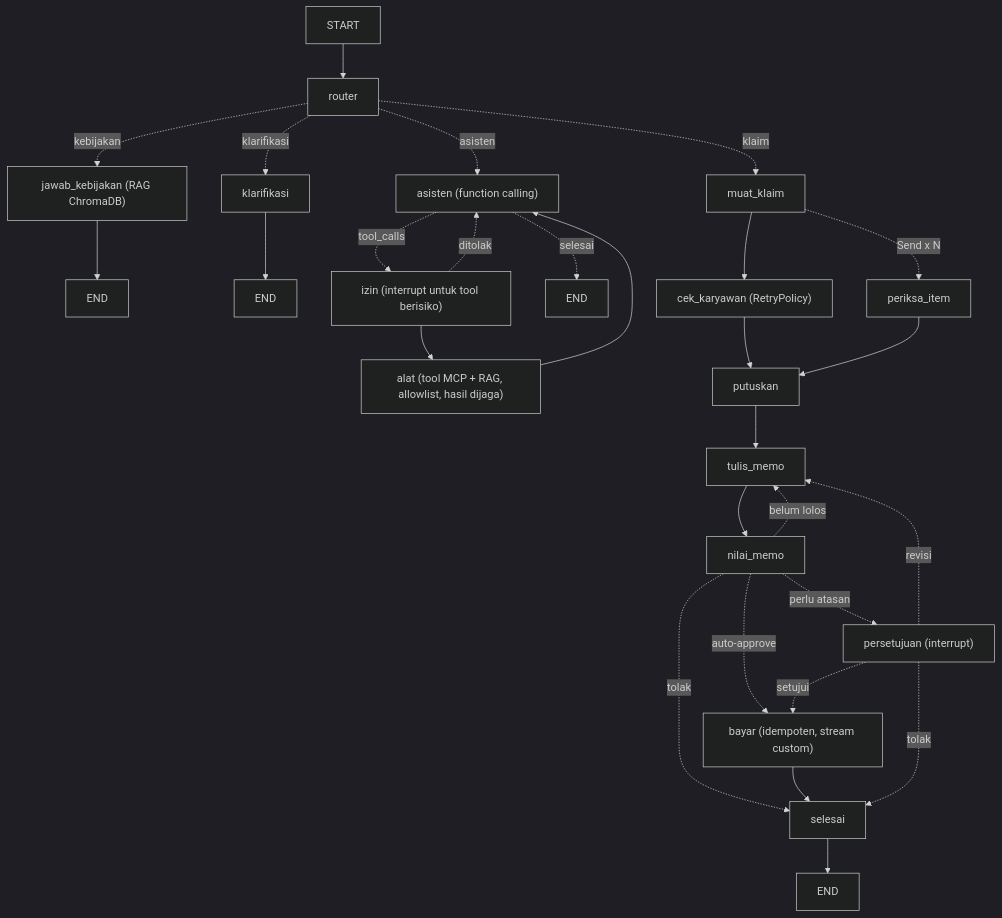
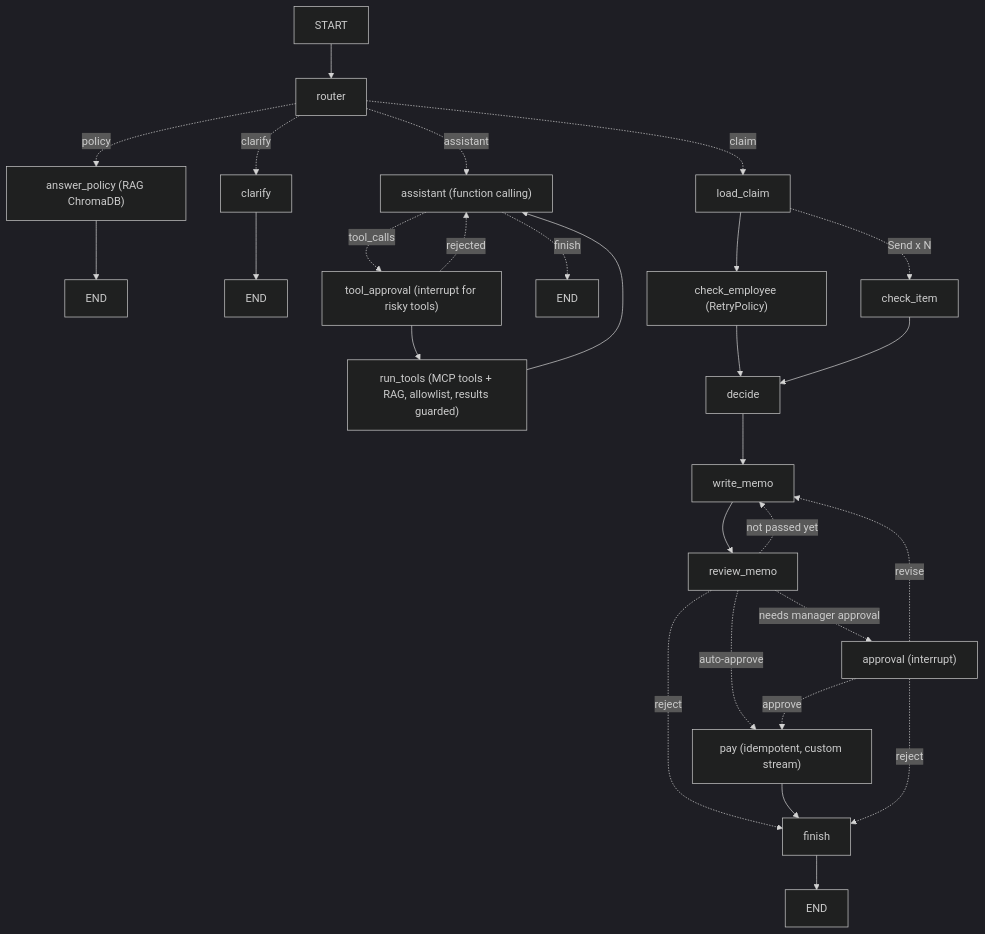
Before and after one commit to bilalbayasut/langgraph-klaim-lab: diagram 13 of 13 in LAB.md, drawn with Mermaid (dark theme). The commit also changed other lines of this file and 78 other files, not shown here.

````diff
--- a/LAB.md
+++ b/LAB.md
@@ -7564,24 +7588,24 @@
 ```mermaid
 flowchart TD
   START --> router
-  router -.klaim.-> muat_klaim
-  router -.kebijakan.-> jawab_kebijakan["jawab_kebijakan (RAG ChromaDB)"] --> E1[END]
-  router -.klarifikasi.-> klarifikasi --> E2[END]
-  router -.asisten.-> asisten["asisten (function calling)"]
-  asisten -.tool_calls.-> izin["izin (interrupt untuk tool berisiko)"]
-  izin --> alat["alat (tool MCP + RAG, allowlist, hasil dijaga)"] --> asisten
-  izin -.ditolak.-> asisten
-  asisten -.selesai.-> E4[END]
-  muat_klaim --> cek_karyawan["cek_karyawan (RetryPolicy)"]
-  muat_klaim -.Send x N.-> periksa_item
-  cek_karyawan --> putuskan
-  periksa_item --> putuskan
-  putuskan --> tulis_memo --> nilai_memo
-  nilai_memo -.belum lolos.-> tulis_memo
-  nilai_memo -.perlu atasan.-> persetujuan["persetujuan (interrupt)"]
-  nilai_memo -.auto-approve.-> bayar
-  nilai_memo -.tolak.-> selesai
-  persetujuan -.setujui.-> bayar["bayar (idempoten, stream custom)"] --> selesai --> E3[END]
-  persetujuan -.revisi.-> tulis_memo
-  persetujuan -.tolak.-> selesai
+  router -.claim.-> load_claim
+  router -.policy.-> answer_policy["answer_policy (RAG ChromaDB)"] --> E1[END]
+  router -.clarify.-> clarify --> E2[END]
+  router -.assistant.-> assistant["assistant (function calling)"]
+  assistant -.tool_calls.-> tool_approval["tool_approval (interrupt for risky tools)"]
+  tool_approval --> run_tools["run_tools (MCP tools + RAG, allowlist, results guarded)"] --> assistant
+  tool_approval -.rejected.-> assistant
+  assistant -.finish.-> E4[END]
+  load_claim --> check_employee["check_employee (RetryPolicy)"]
+  load_claim -.Send x N.-> check_item
+  check_employee --> decide
+  check_item --> decide
+  decide --> write_memo --> review_memo
+  review_memo -.not passed yet.-> write_memo
+  review_memo -.needs manager approval.-> approval["approval (interrupt)"]
+  review_memo -.auto-approve.-> pay
+  review_memo -.reject.-> finish
+  approval -.approve.-> pay["pay (idempotent, custom stream)"] --> finish --> E3[END]
+  approval -.revise.-> write_memo
+  approval -.reject.-> finish
 ```
````
